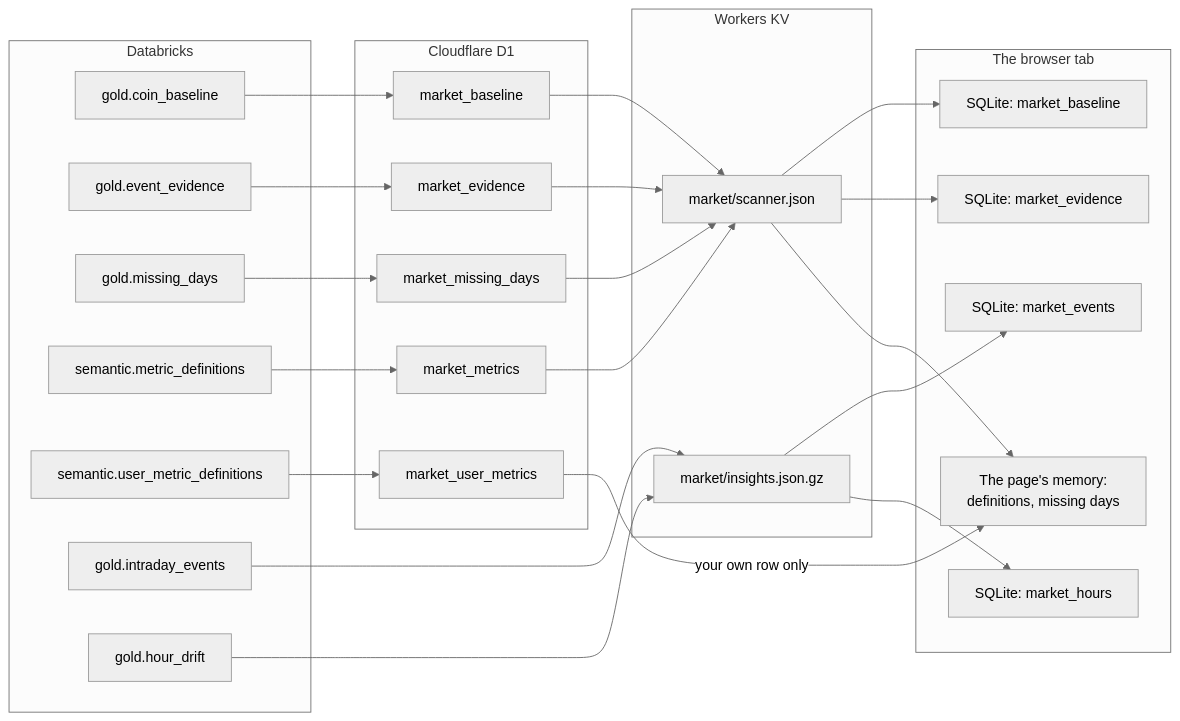
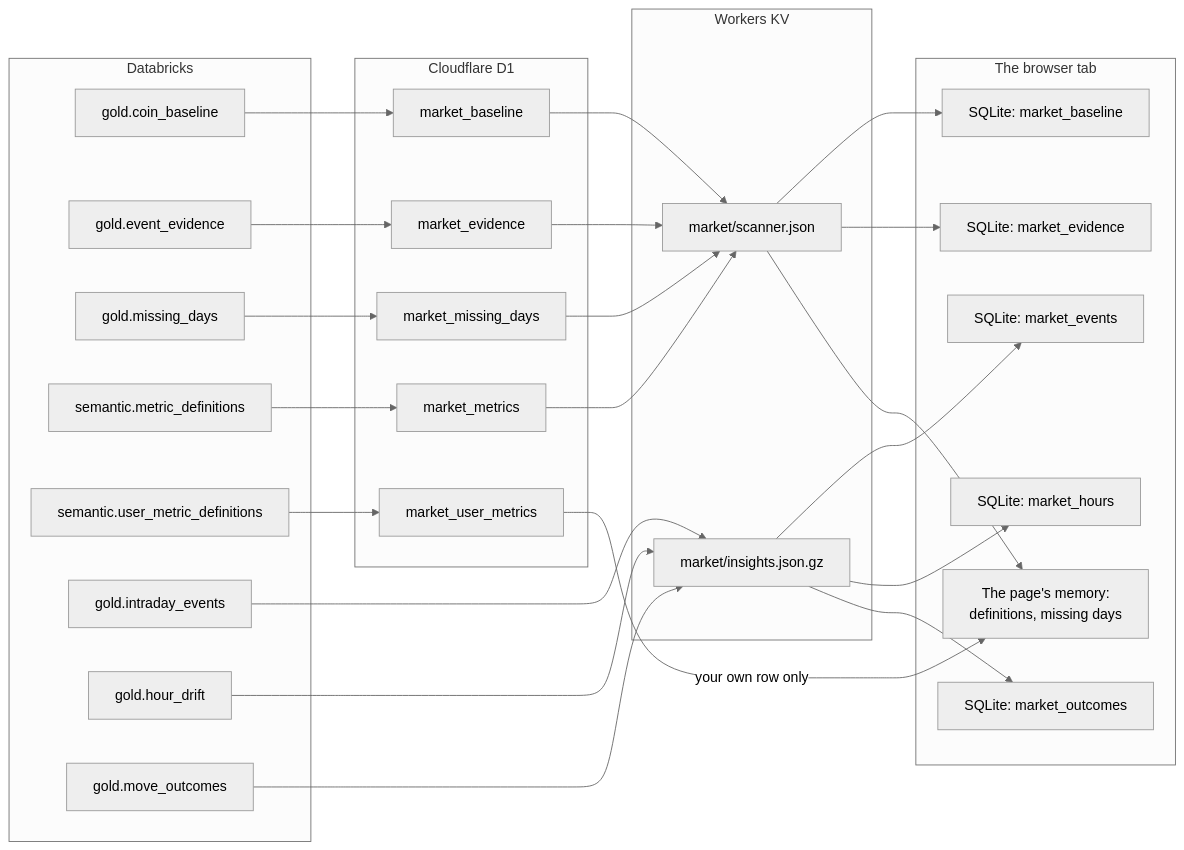
Before and after one commit to shivam65-sketch/medusa: the diagram in docs/diagrams/serving-map.mmd, drawn with Mermaid. The commit also changed 33 other files, not shown here.

Commit message:
Markets: playbook for the unusual markets, from a new gold.move_outcomes

```diff
--- a/docs/diagrams/serving-map.mmd
+++ b/docs/diagrams/serving-map.mmd
@@ -1,42 +1,46 @@
 %%{init: {"theme": "neutral"}}%%
 flowchart LR
   subgraph DBX["Databricks"]
     cb["gold.coin_baseline"]
     ee["gold.event_evidence"]
     ms["gold.missing_days"]
     md["semantic.metric_definitions"]
     ud["semantic.user_metric_definitions"]
     ie["gold.intraday_events"]
     hd["gold.hour_drift"]
+    mo["gold.move_outcomes"]
   end
   subgraph D1["Cloudflare D1"]
     mb["market_baseline"]
     me["market_evidence"]
     mm["market_missing_days"]
     mx["market_metrics"]
     mu["market_user_metrics"]
   end
   subgraph KV["Workers KV"]
     sj["market/scanner.json"]
     ij["market/insights.json.gz"]
   end
   subgraph BRW["The browser tab"]
     sb["SQLite: market_baseline"]
     se["SQLite: market_evidence"]
     sv["SQLite: market_events"]
     sh["SQLite: market_hours"]
+    so["SQLite: market_outcomes"]
     dp["The page's memory:<br>definitions, missing days"]
   end
   cb --> mb --> sj
   ee --> me --> sj
   ms --> mm --> sj
   md --> mx --> sj
   ud --> mu
   mu -->|"your own row only"| dp
   ie --> ij
   hd --> ij
+  mo --> ij
   sj --> sb
   sj --> se
   sj --> dp
   ij --> sv
   ij --> sh
+  ij --> so
```
